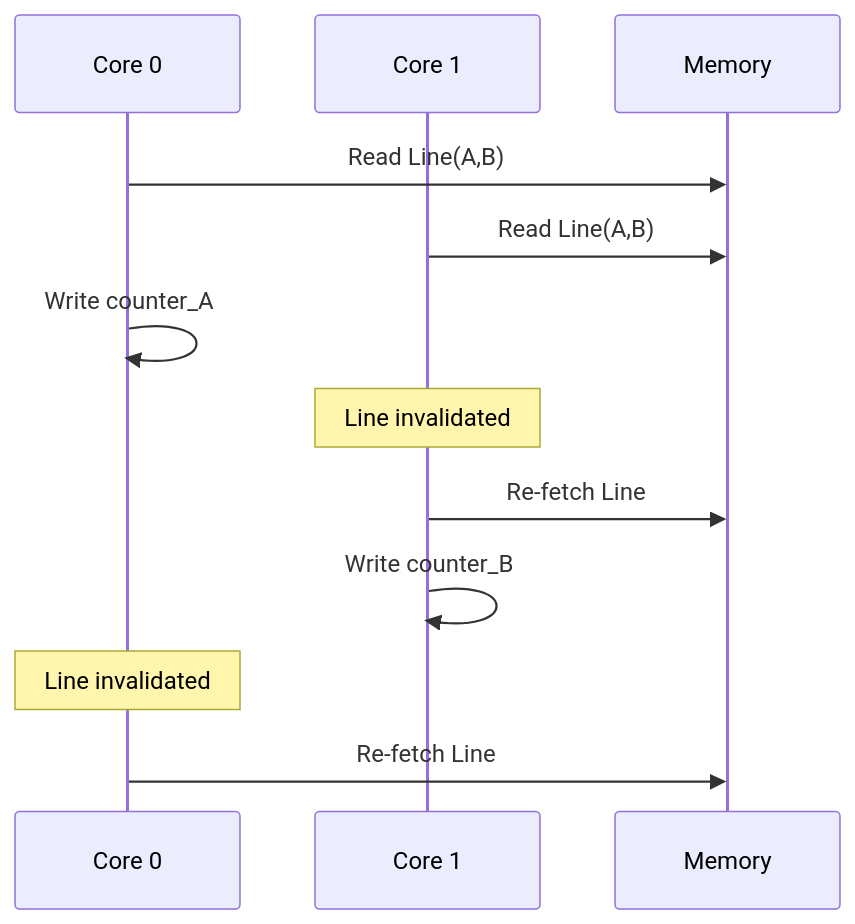
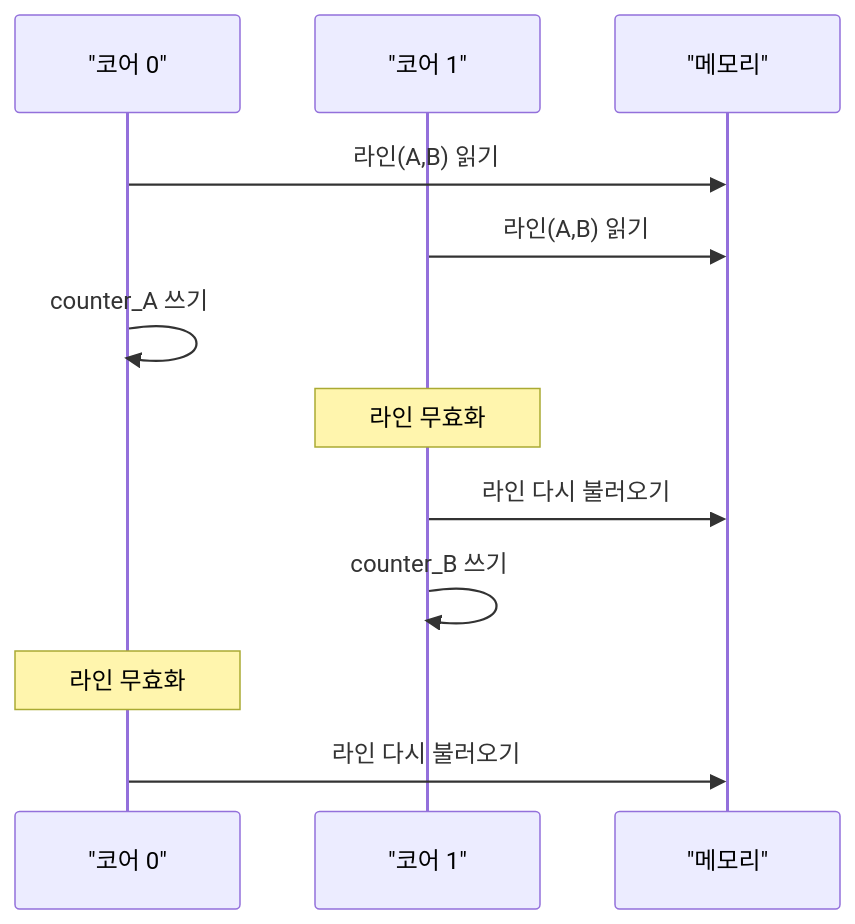
One commit to Jungle-12-303/wk07_6 changed the second of 2 diagrams in docs/blog/concepts/02-cache-line-and-locality.md. Above: the diagram before and after it, drawn with Mermaid. The commit also changed other lines of this file and 26 other files, not shown here.

First line of the commit message:
docs: 블로그 소제목·Mermaid·ASCII 박스 가독성 정비

````diff
--- a/docs/blog/concepts/02-cache-line-and-locality.md
+++ b/docs/blog/concepts/02-cache-line-and-locality.md
@@ -78,14 +78,14 @@
 ```mermaid
 sequenceDiagram
-    participant C0 as Core 0
-    participant C1 as Core 1
-    participant MEM as Memory
-    C0->>MEM: Read Line(A,B)
-    C1->>MEM: Read Line(A,B)
-    C0->>C0: Write counter_A
-    Note over C1: Line invalidated
-    C1->>MEM: Re-fetch Line
-    C1->>C1: Write counter_B
-    Note over C0: Line invalidated
-    C0->>MEM: Re-fetch Line
+    participant C0 as "코어 0"
+    participant C1 as "코어 1"
+    participant MEM as "메모리"
+    C0->>MEM: 라인(A,B) 읽기
+    C1->>MEM: 라인(A,B) 읽기
+    C0->>C0: counter_A 쓰기
+    Note over C1: 라인 무효화
+    C1->>MEM: 라인 다시 불러오기
+    C1->>C1: counter_B 쓰기
+    Note over C0: 라인 무효화
+    C0->>MEM: 라인 다시 불러오기
 ```
````
